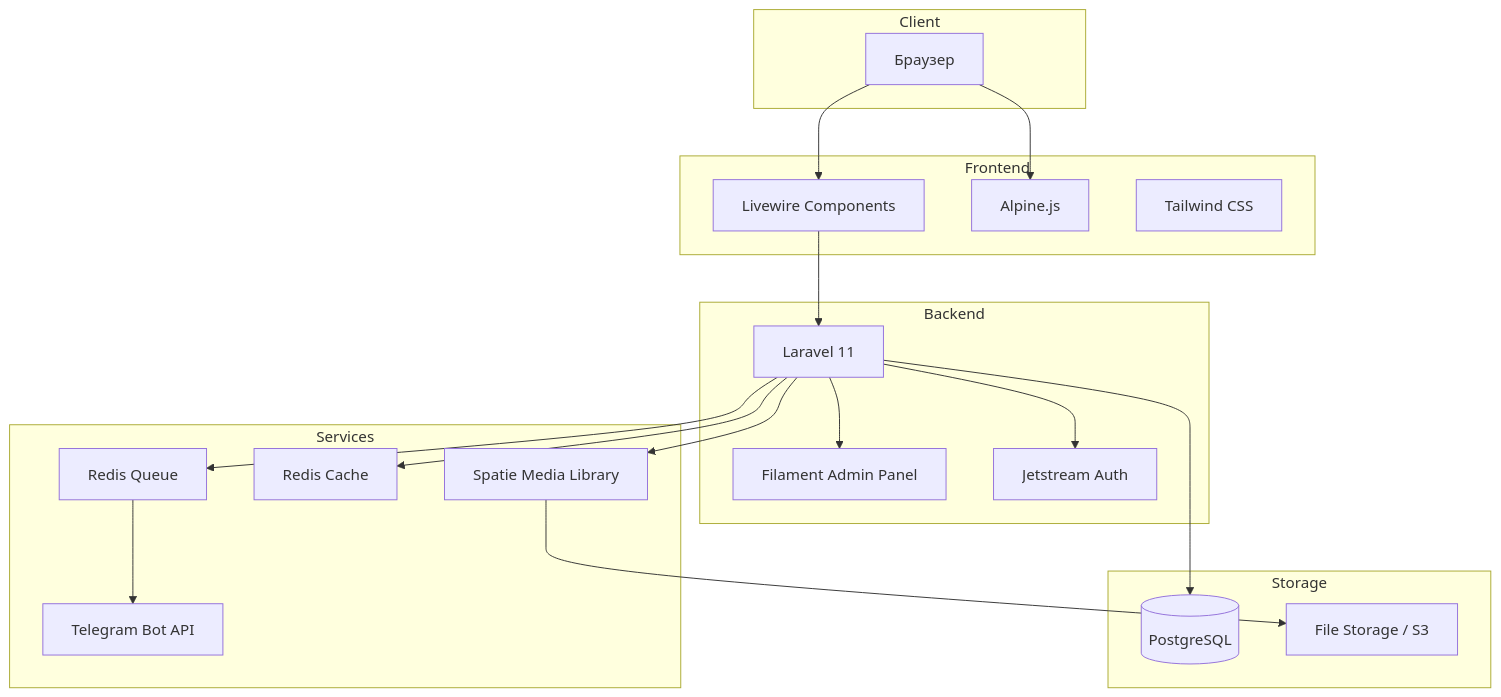
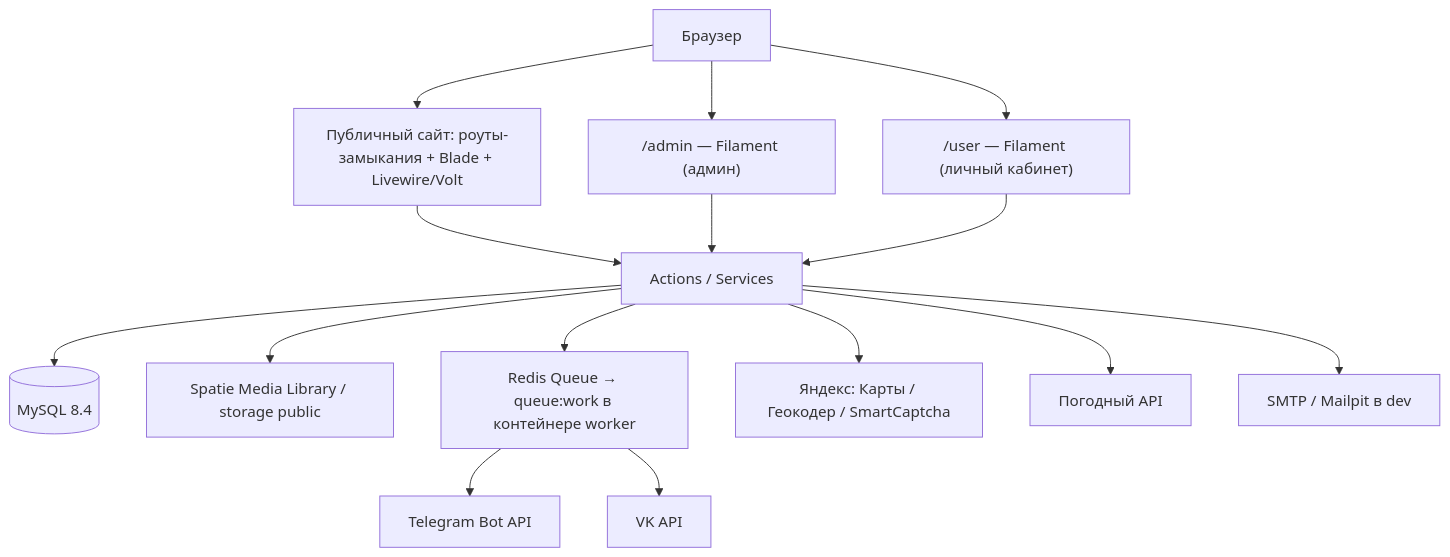
One commit to traacc/yacht-site changed the first of 2 diagrams in DESIGN.md. Above: the diagram before and after it, drawn with Mermaid. The commit also changed other lines of this file and 2 other files, not shown here.

````diff
--- a/DESIGN.md
+++ b/DESIGN.md
@@ -23,42 +26,20 @@
 ```mermaid
 graph TB
-    subgraph Client
-        Browser[Браузер]
-    end
+    Browser[Браузер] --> Public[Публичный сайт: роуты-замыкания + Blade + Livewire/Volt]
+    Browser --> Admin["/admin — Filament (админ)"]
+    Browser --> Cabinet["/user — Filament (личный кабинет)"]
 
-    subgraph Frontend
-        Livewire[Livewire Components]
-        Alpine[Alpine.js]
-        Tailwind[Tailwind CSS]
-    end
+    Public --> Actions[Actions / Services]
+    Admin --> Actions
+    Cabinet --> Actions
 
-    subgraph Backend
-        Laravel[Laravel 11]
-        Filament[Filament Admin Panel]
-        Jetstream[Jetstream Auth]
-    end
+    Actions --> DB[(MySQL 8.4)]
+    Actions --> Media[Spatie Media Library / storage public]
+    Actions --> Queue[Redis Queue → queue:work в контейнере worker]
 
-    subgraph Services
-        Queue[Redis Queue]
-        Cache[Redis Cache]
-        Media[Spatie Media Library]
-        TG[Telegram Bot API]
-    end
-
-    subgraph Storage
-        DB[(PostgreSQL)]
-        S3[File Storage / S3]
-    end
-
-    Browser --> Livewire
-    Browser --> Alpine
-    Livewire --> Laravel
-    Laravel --> Filament
-    Laravel --> Jetstream
-    Laravel --> Queue
-    Laravel --> Cache
-    Laravel --> Media
-    Queue --> TG
-    Media --> S3
-    Laravel --> DB
+    Queue --> TG[Telegram Bot API]
+    Queue --> VK[VK API]
+    Actions --> Yandex[Яндекс: Карты / Геокодер / SmartCaptcha]
+    Actions --> Weather[Погодный API]
+    Actions --> Mail[SMTP / Mailpit в dev]
 ```
````
